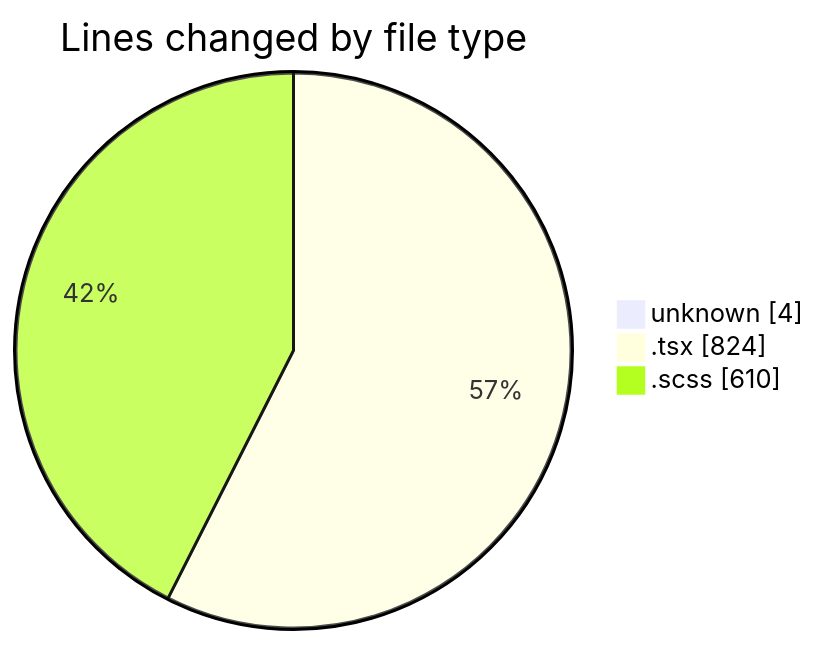
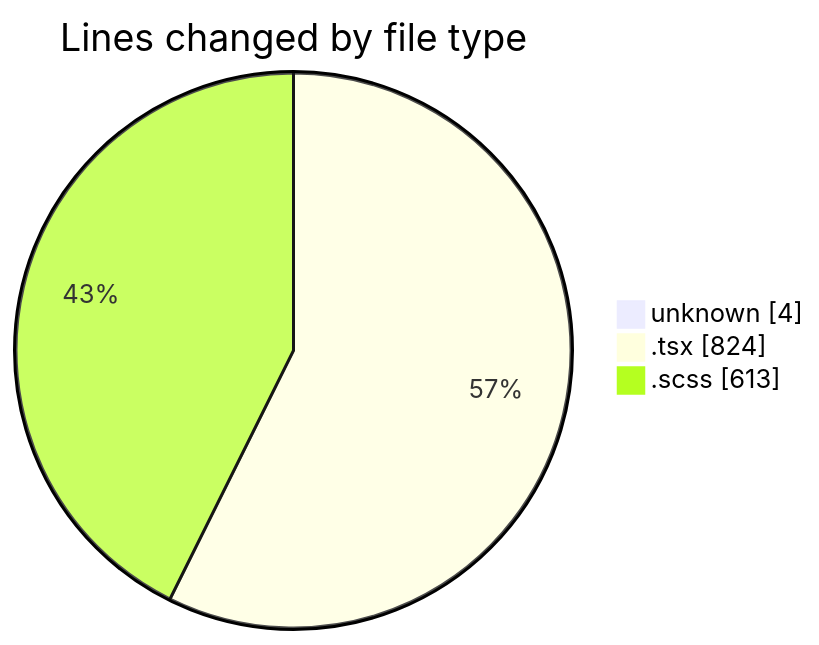
Before and after one commit to momahboobian/code-tracking: the first of 2 diagrams in 2025-02-14/cda/README.md, drawn with Mermaid. The commit also changed other lines of this file and 1 other file, not shown here.

````diff
--- a/2025-02-14/cda/README.md
+++ b/2025-02-14/cda/README.md
@@ -27,7 +27,7 @@
 ```mermaid
 pie showData
 title Lines changed by file type
 "unknown" : 4
 ".tsx" : 824
-".scss" : 610
+".scss" : 613
 ```
````
